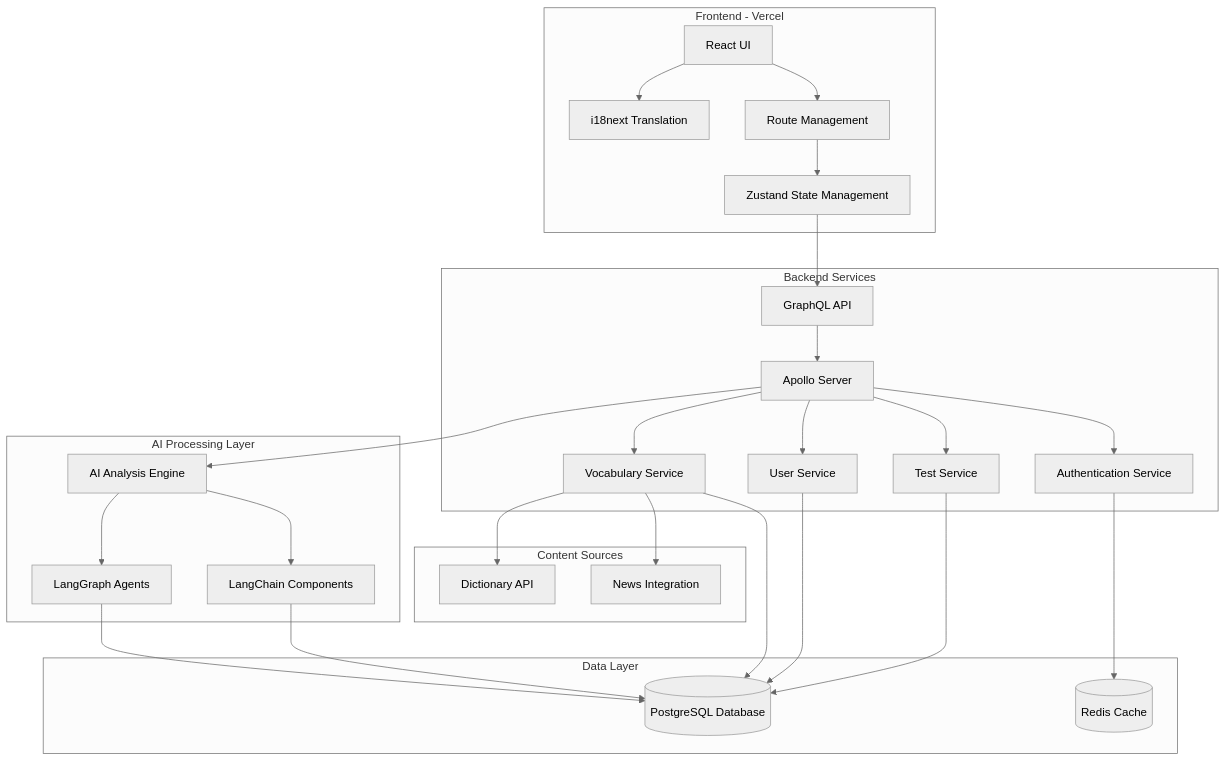
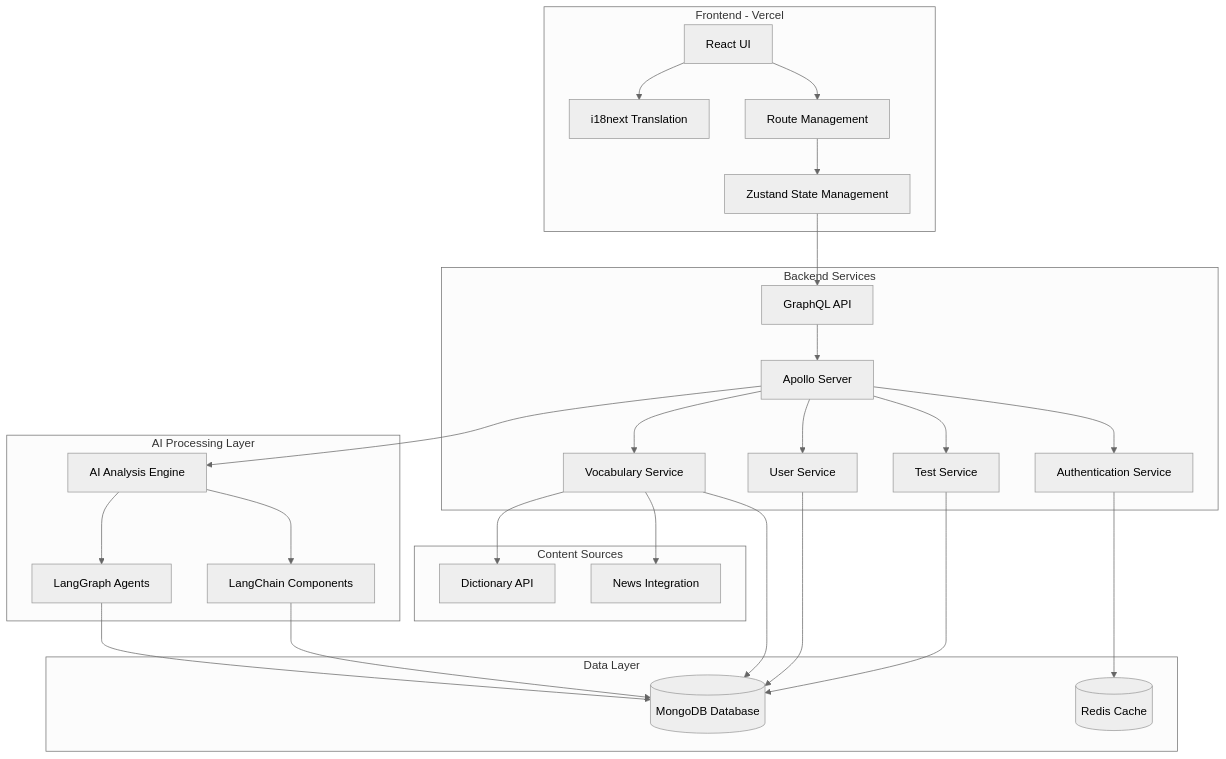
One commit to kenwCoding/vibe-coding_vocabs-learner_server changed the diagram in README.md. Above: the diagram before and after it, drawn with Mermaid (neutral theme). The commit also changed other lines of this file and 35 other files, not shown here.

Commit message:
[AI Agent] Fix TypeScript type errors and schema alignment

````diff
--- a/README.md
+++ b/README.md
@@ -44,59 +49,59 @@
 ```mermaid
 graph TD
     subgraph "Frontend - Vercel"
         UI[React UI]
         RM[Route Management]
         ZUS[Zustand State Management]
         I18N[i18next Translation]
     end
     
     subgraph "Backend Services"
         GQL[GraphQL API]
         APL[Apollo Server]
         AUTH[Authentication Service]
         TS[Test Service]
         US[User Service]
         VS[Vocabulary Service]
     end
     
     subgraph "AI Processing Layer"
         AI[AI Analysis Engine]
         LCH[LangChain Components]
         LG[LangGraph Agents]
     end
     
     subgraph "Data Layer"
-        DB[(PostgreSQL Database)]
+        DB[(MongoDB Database)]
         CACHE[(Redis Cache)]
     end
     
     subgraph "Content Sources"
         NEWS[News Integration]
         DICT[Dictionary API]
     end
     
     UI --> RM
     UI --> I18N
     RM --> ZUS
     ZUS --> GQL
     
     GQL --> APL
     APL --> AUTH
     APL --> TS
     APL --> US
     APL --> VS
     APL --> AI
     
     AI --> LCH
     AI --> LG
     LCH --> DB
     LG --> DB
     
     TS --> DB
     US --> DB
     VS --> DB
     
     AUTH --> CACHE
     VS --> NEWS
     VS --> DICT
 ```
````
